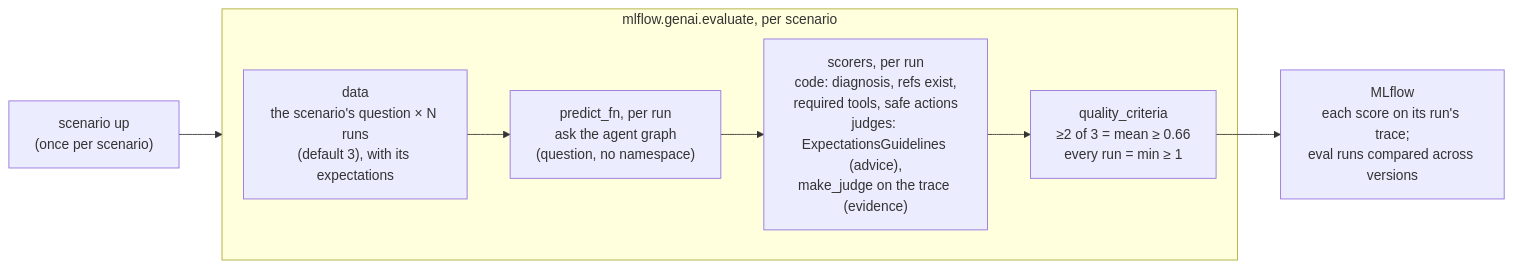
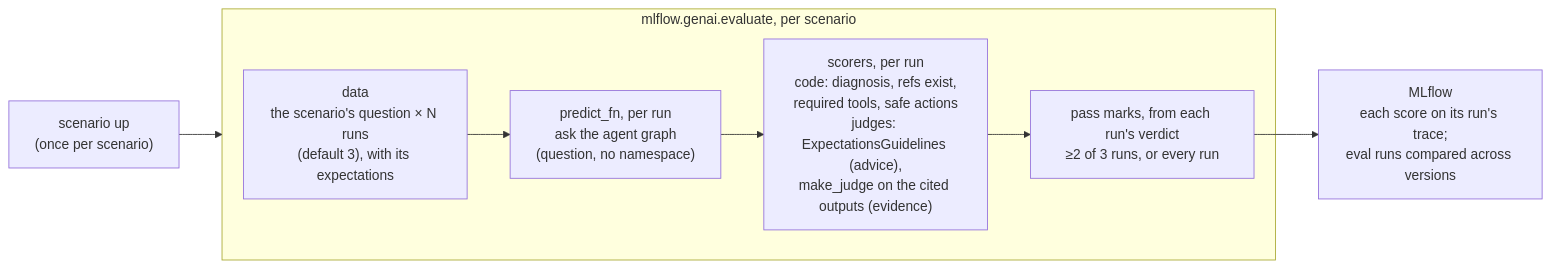
The seventh of 7 diagrams in SPEC.md (tomershukhman/k8s-troubleshooting-agent), drawn with Mermaid before and after one commit. The commit also changed other lines of this file and 21 other files, not shown here.

````diff
--- a/SPEC.md
+++ b/SPEC.md
@@ -664,11 +667,11 @@
 ```mermaid
 flowchart LR
     up["scenario up<br/>(once per scenario)"] --> ev
     subgraph ev["mlflow.genai.evaluate, per scenario"]
         data["data<br/>the scenario's question × N runs<br/>(default 3), with its expectations"] --> predict
         predict["predict_fn, per run<br/>ask the agent graph<br/>(question, no namespace)"]
-        predict --> scorers["scorers, per run<br/>code: diagnosis, refs exist,<br/>required tools, safe actions<br/>judges: ExpectationsGuidelines (advice),<br/>make_judge on the trace (evidence)"]
-        scorers --> criteria["quality_criteria<br/>≥2 of 3 = mean ≥ 0.66<br/>every run = min ≥ 1"]
+        predict --> scorers["scorers, per run<br/>code: diagnosis, refs exist,<br/>required tools, safe actions<br/>judges: ExpectationsGuidelines (advice),<br/>make_judge on the cited outputs (evidence)"]
+        scorers --> criteria["pass marks, from each run's verdict<br/>≥2 of 3 runs, or every run"]
     end
     criteria --> ml["MLflow<br/>each score on its run's trace;<br/>eval runs compared across versions"]
 ```
````
